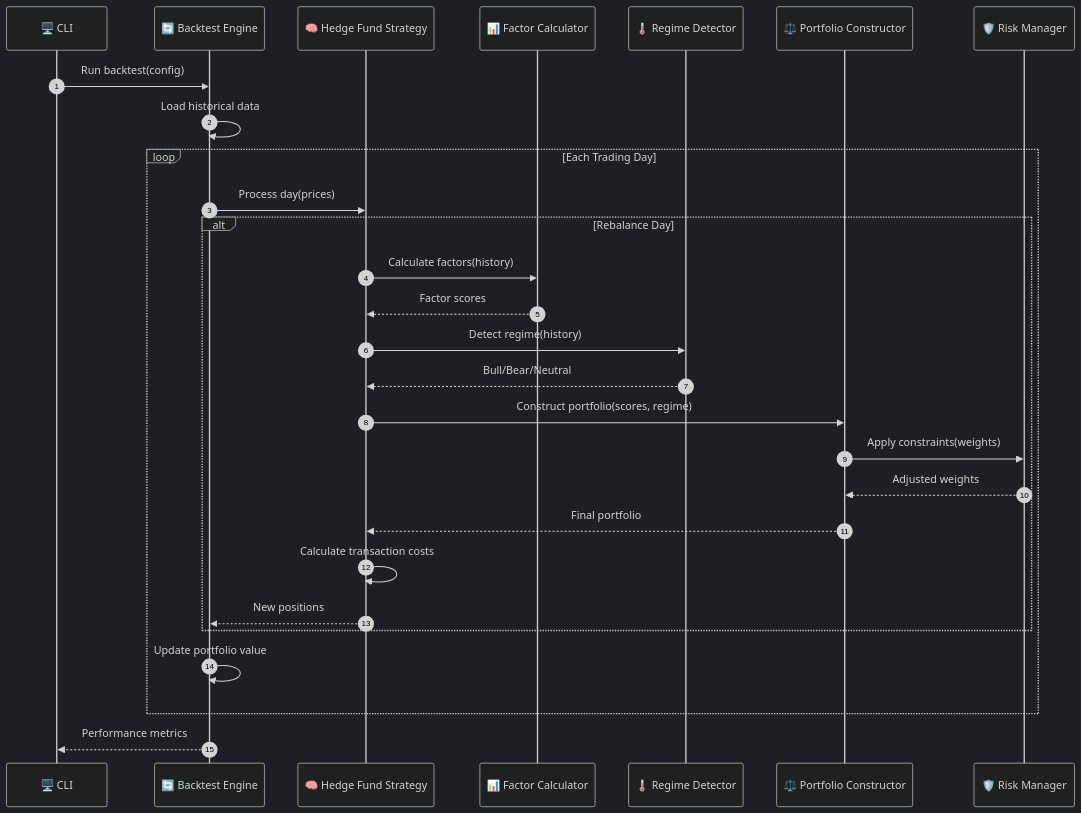
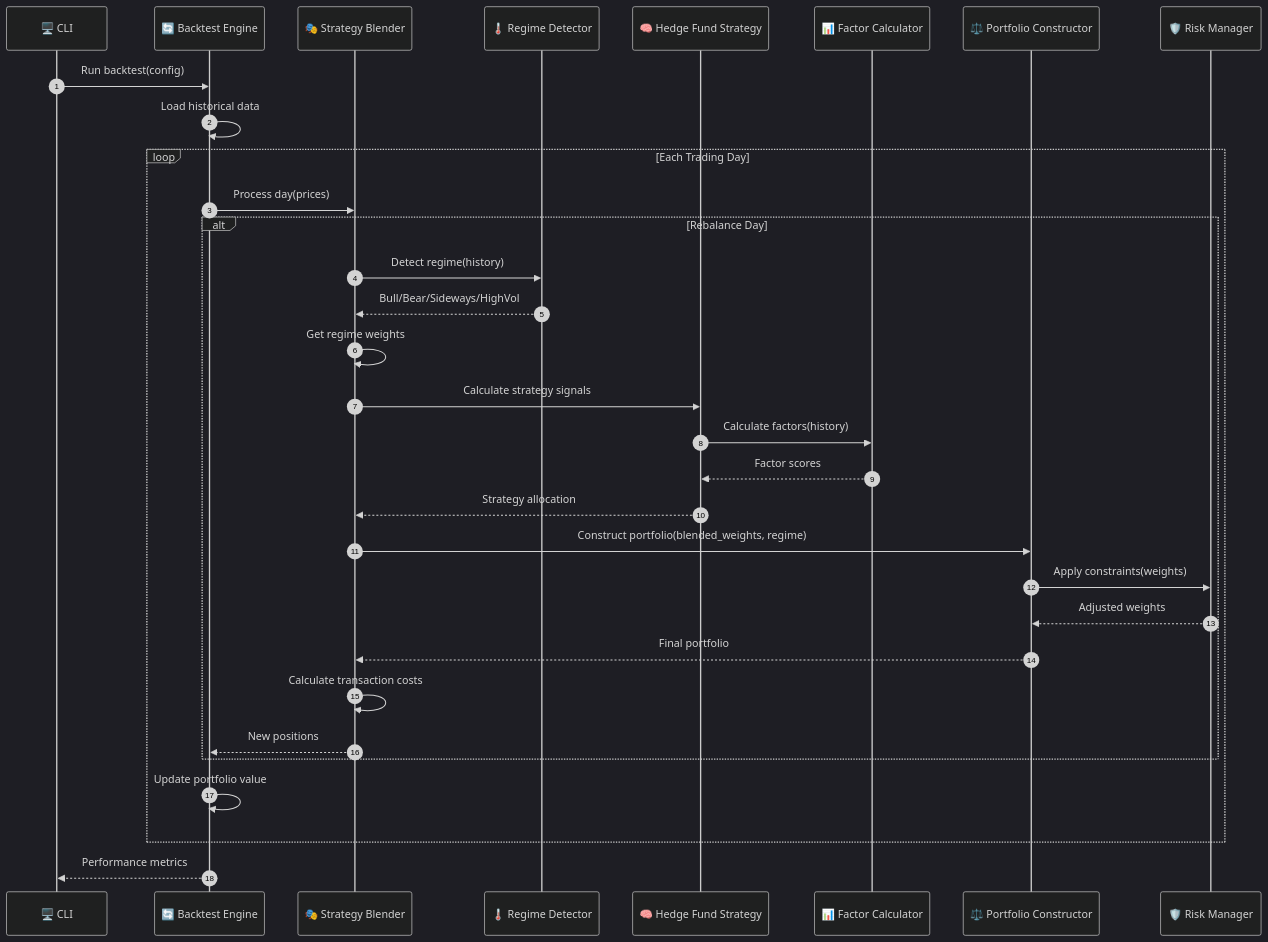
The fifth of 7 diagrams in README.md (blackms/FinRL-Adaptive), drawn with Mermaid (dark theme) before and after one commit. The commit also changed other lines of this file and 13 other files, not shown here.

First line of the commit message:
feat: Add regime-aware strategy blending system

````diff
--- a/README.md
+++ b/README.md
@@ -287,38 +327,43 @@
 ```mermaid
 sequenceDiagram
     autonumber
     participant CLI as 🖥️ CLI
     participant BE as 🔄 Backtest Engine
+    participant SB as 🎭 Strategy Blender
+    participant RD as 🌡️ Regime Detector
     participant HF as 🧠 Hedge Fund Strategy
     participant FC as 📊 Factor Calculator
-    participant RD as 🌡️ Regime Detector
     participant PC as ⚖️ Portfolio Constructor
     participant RM as 🛡️ Risk Manager
 
     CLI->>BE: Run backtest(config)
     BE->>BE: Load historical data
 
     loop Each Trading Day
-        BE->>HF: Process day(prices)
+        BE->>SB: Process day(prices)
 
         alt Rebalance Day
+            SB->>RD: Detect regime(history)
+            RD-->>SB: Bull/Bear/Sideways/HighVol
+
+            SB->>SB: Get regime weights
+
+            SB->>HF: Calculate strategy signals
             HF->>FC: Calculate factors(history)
             FC-->>HF: Factor scores
+            HF-->>SB: Strategy allocation
 
-            HF->>RD: Detect regime(history)
-            RD-->>HF: Bull/Bear/Neutral
-
-            HF->>PC: Construct portfolio(scores, regime)
+            SB->>PC: Construct portfolio(blended_weights, regime)
             PC->>RM: Apply constraints(weights)
             RM-->>PC: Adjusted weights
-            PC-->>HF: Final portfolio
+            PC-->>SB: Final portfolio
 
-            HF->>HF: Calculate transaction costs
-            HF-->>BE: New positions
+            SB->>SB: Calculate transaction costs
+            SB-->>BE: New positions
         end
 
         BE->>BE: Update portfolio value
     end
 
     BE-->>CLI: Performance metrics
 ```
````
